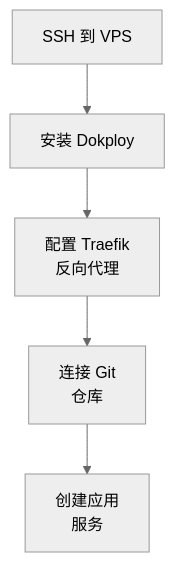
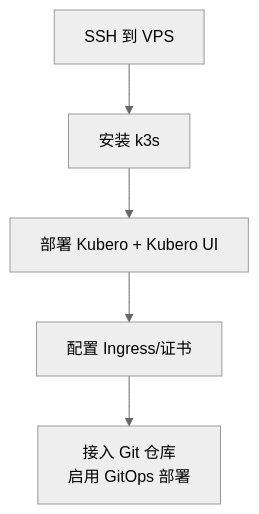
Before and after one commit to wangzitian0/PEG-scaner: the fourth of 8 diagrams in docs/specs/tech/TRD-004.env_eaas_implementation.md, drawn with Mermaid (neutral theme). The commit also changed other lines of this file and 9 other files, not shown here.

````diff
--- a/docs/specs/tech/TRD-004.env_eaas_implementation.md
+++ b/docs/specs/tech/TRD-004.env_eaas_implementation.md
@@ -113,7 +115,7 @@
 ```mermaid
 graph TB
-    A[SSH 到 VPS] --> B[安装 Dokploy]
-    B --> C[配置 Traefik<br/>反向代理]
-    C --> D[连接 Git<br/>仓库]
-    D --> E[创建应用<br/>服务]
+    A[SSH 到 VPS] --> B[安装 k3s]
+    B --> C[部署 Kubero + Kubero UI]
+    C --> D[配置 Ingress/证书]
+    D --> E[接入 Git 仓库<br/>启用 GitOps 部署]
 ```
````
